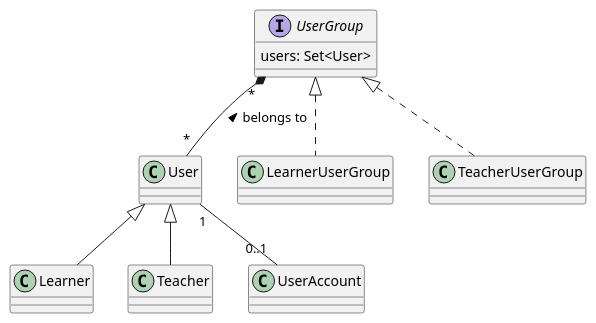
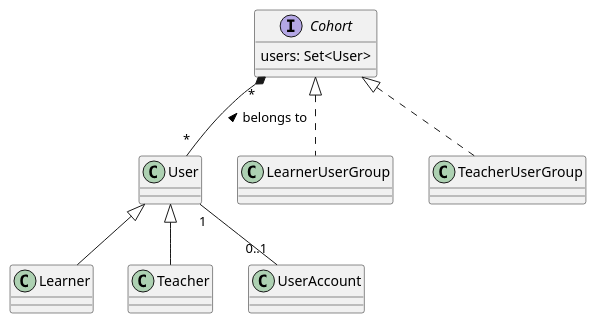
Before and after one commit to elaastic/ElaastiX: the diagram in docs/technical/uml/user.puml, drawn with PlantUML.

Commit message:
doc(model): Rename UserGroup to Cohort

```diff
--- a/docs/technical/uml/user.puml
+++ b/docs/technical/uml/user.puml
@@ -1,19 +1,19 @@
 @startuml(id=User)
 'https://plantuml.com/class-diagram
 
 class User
 class Learner extends User
 class Teacher extends User
 
-interface UserGroup {
+interface Cohort {
     users: Set<User>
 }
 
-class LearnerUserGroup implements UserGroup
-class TeacherUserGroup implements UserGroup
+class LearnerUserGroup implements Cohort
+class TeacherUserGroup implements Cohort
 
-UserGroup "*" *-- "*" User : belongs to <
+Cohort "*" *-- "*" User : belongs to <
 
 User "1" -- "0..1" UserAccount
 
 @enduml
```
